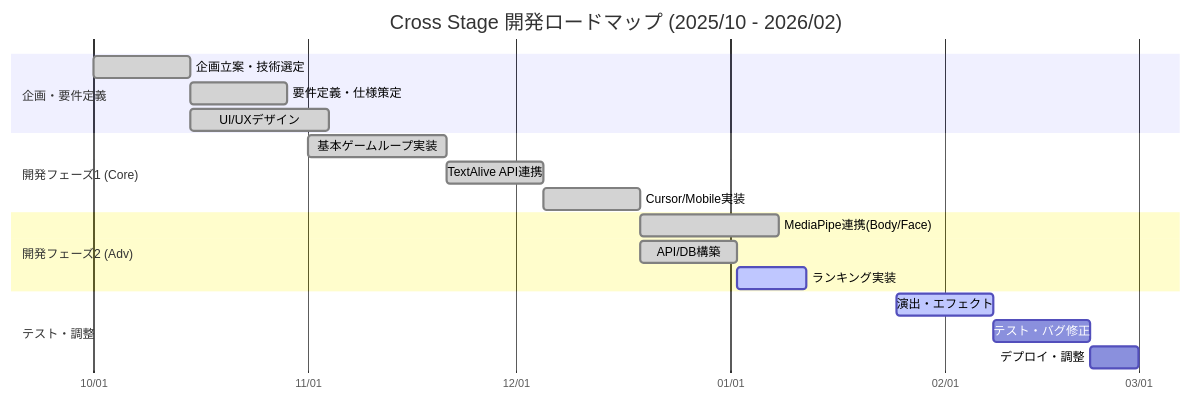
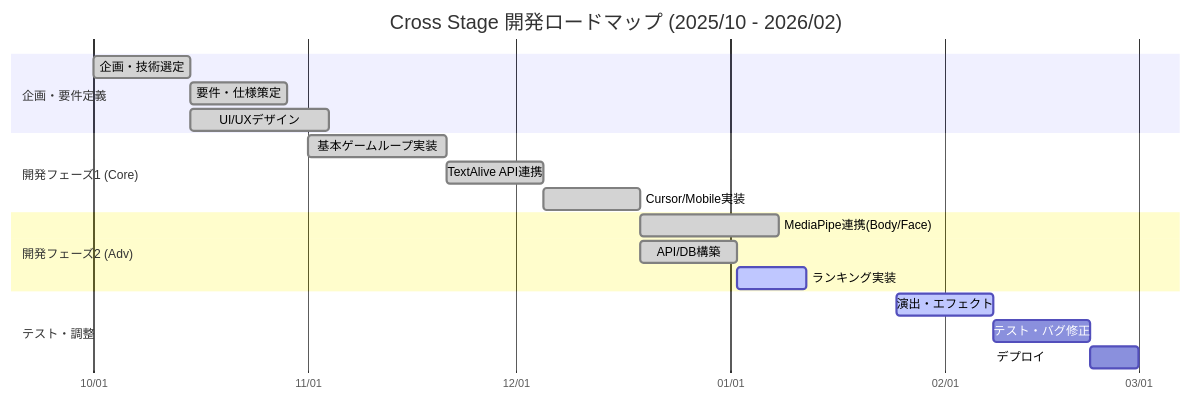
Before and after one commit to syusyusyusyu/star: the sixth of 9 diagrams in README.md, drawn with Mermaid.

Commit message:
fix: 開発スケジュールの表記を簡潔に修正

````diff
--- a/README.md
+++ b/README.md
@@ -195,26 +195,26 @@
 ```mermaid
 gantt
     title Cross Stage 開発ロードマップ (2025/10 - 2026/02)
     dateFormat  YYYY-MM-DD
     axisFormat %m/%d
     
     section 企画・要件定義
-    企画立案・技術選定       :done, a1, 2025-10-01, 14d
-    要件定義・仕様策定       :done, a2, after a1, 14d
+    企画・技術選定       :done, a1, 2025-10-01, 14d
+    要件・仕様策定       :done, a2, after a1, 14d
     UI/UXデザイン           :done, a3, after a1, 20d
     
     section 開発フェーズ1 (Core)
     基本ゲームループ実装     :done, b1, 2025-11-01, 20d
     TextAlive API連携       :done, b2, after b1, 14d
     Cursor/Mobile実装       :done, b3, after b2, 14d
     
     section 開発フェーズ2 (Adv)
     MediaPipe連携(Body/Face):done, c1, after b3, 20d
     API/DB構築              :done, c2, after b3, 14d
     ランキング実装           :active, c3, after c2, 10d
     
     section テスト・調整
     演出・エフェクト         :active, d1, 2026-01-25, 14d
     テスト・バグ修正         :d2, after d1, 14d
-    デプロイ・調整           :d3, after d2, 7d
+    デプロイ           　　　:d3, after d2, 7d
 ```
````
